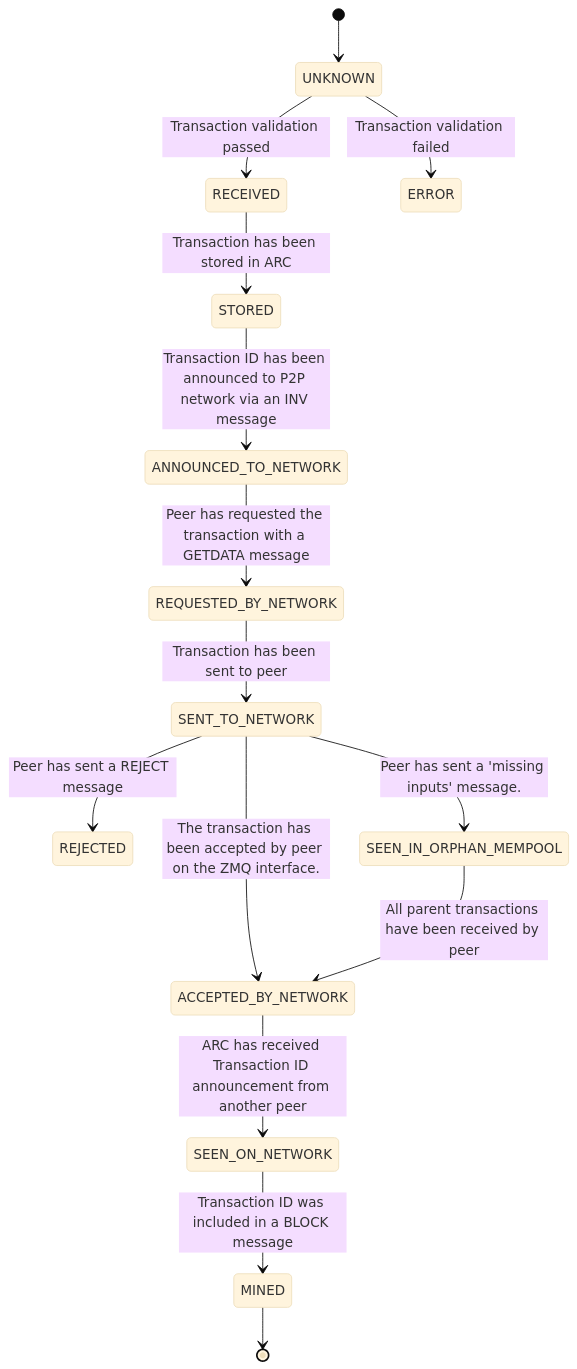
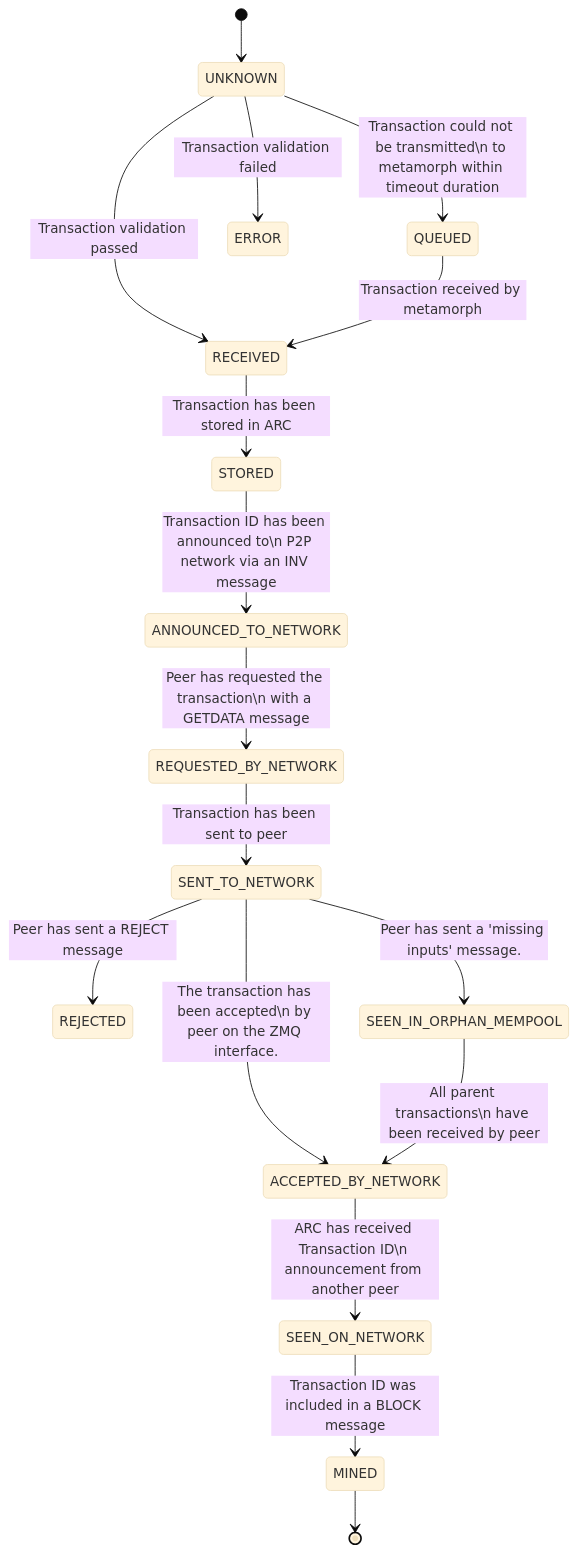
Before and after one commit to bitcoin-sv/arc: the first of 6 diagrams in doc/README.md, drawn with Mermaid (base theme).

Commit message:
ARCO-54: Update transaction lifecycle diagram

````diff
--- a/doc/README.md
+++ b/doc/README.md
@@ -28,30 +28,33 @@
 ```mermaid
 stateDiagram-v2
     state UNKNOWN
+    state QUEUED
     state RECEIVED
     state STORED
     state ANNOUNCED_TO_NETWORK
     state ERROR
     state REQUESTED_BY_NETWORK
     state SENT_TO_NETWORK
     state ACCEPTED_BY_NETWORK
     state SEEN_ON_NETWORK
     state REJECTED
     state SEEN_IN_ORPHAN_MEMPOOL
     state MINED
 
     [*] --> UNKNOWN
     UNKNOWN --> RECEIVED: Transaction validation passed
+    UNKNOWN --> QUEUED: Transaction could not be transmitted\n to metamorph within timeout duration
+    QUEUED --> RECEIVED: Transaction received by metamorph
     UNKNOWN --> ERROR: Transaction validation failed
     RECEIVED --> STORED: Transaction has been stored in ARC
-    STORED --> ANNOUNCED_TO_NETWORK: Transaction ID has been announced to P2P network via an INV message
-    ANNOUNCED_TO_NETWORK --> REQUESTED_BY_NETWORK: Peer has requested the transaction with a GETDATA message
+    STORED --> ANNOUNCED_TO_NETWORK: Transaction ID has been announced to\n P2P network via an INV message
+    ANNOUNCED_TO_NETWORK --> REQUESTED_BY_NETWORK: Peer has requested the transaction\n with a GETDATA message
     REQUESTED_BY_NETWORK --> SENT_TO_NETWORK: Transaction has been sent to peer
     SENT_TO_NETWORK --> REJECTED: Peer has sent a REJECT message
     SENT_TO_NETWORK --> SEEN_IN_ORPHAN_MEMPOOL: Peer has sent a 'missing inputs' message.
-    SENT_TO_NETWORK --> ACCEPTED_BY_NETWORK: The transaction has been accepted by peer on the ZMQ interface.
-    SEEN_IN_ORPHAN_MEMPOOL --> ACCEPTED_BY_NETWORK: All parent transactions have been received by peer
-    ACCEPTED_BY_NETWORK --> SEEN_ON_NETWORK: ARC has received Transaction ID announcement from another peer
+    SENT_TO_NETWORK --> ACCEPTED_BY_NETWORK: The transaction has been accepted\n by peer on the ZMQ interface.
+    SEEN_IN_ORPHAN_MEMPOOL --> ACCEPTED_BY_NETWORK: All parent transactions\n have been received by peer
+    ACCEPTED_BY_NETWORK --> SEEN_ON_NETWORK: ARC has received Transaction ID\n announcement from another peer
     SEEN_ON_NETWORK --> MINED: Transaction ID was included in a BLOCK message
     MINED --> [*]
 ```
````
